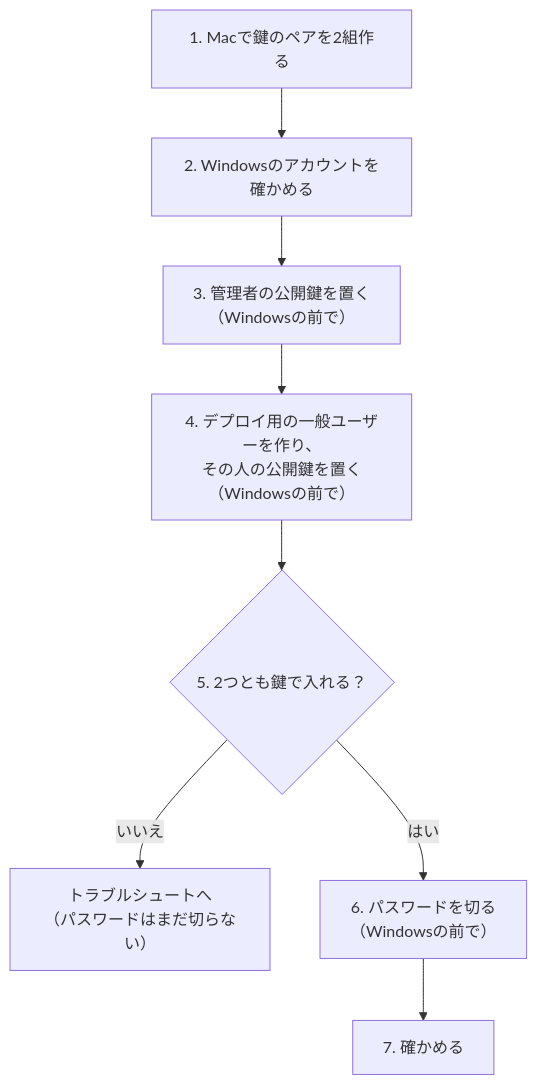
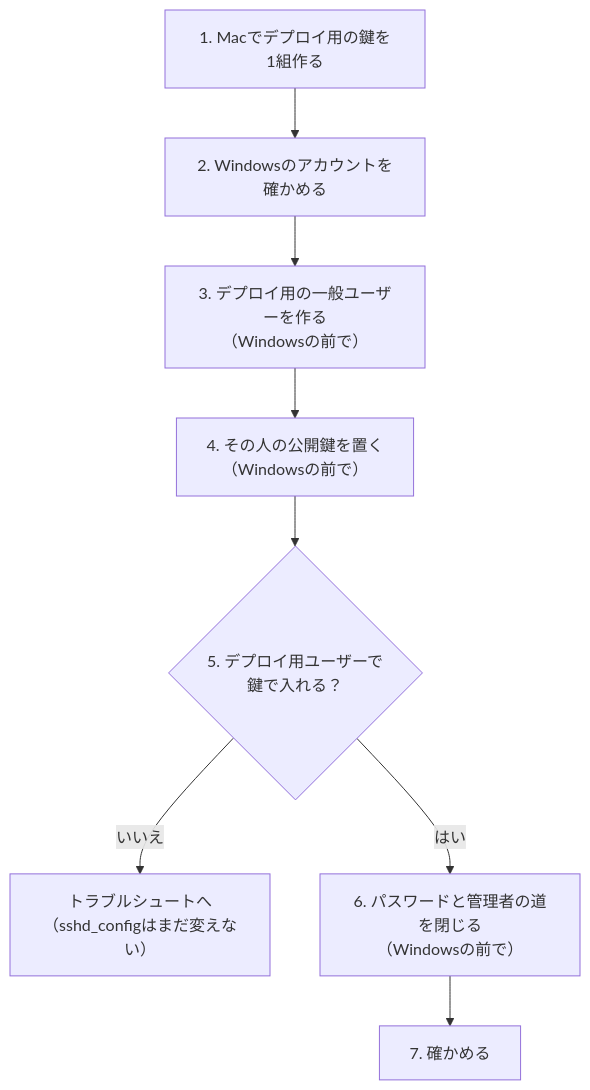
Before and after one commit to mgmaru/card-digger: the diagram in docs/development/ssh-key-setup.md, drawn with Mermaid. The commit also changed other lines of this file, not shown here.

````diff
--- a/docs/development/ssh-key-setup.md
+++ b/docs/development/ssh-key-setup.md
@@ -48,10 +49,10 @@
 ```mermaid
 flowchart TD
-    A["1. Macで鍵のペアを2組作る"] --> B["2. Windowsのアカウントを確かめる"]
-    B --> C["3. 管理者の公開鍵を置く<br/>（Windowsの前で）"]
-    C --> D["4. デプロイ用の一般ユーザーを作り、<br/>その人の公開鍵を置く（Windowsの前で）"]
-    D --> E{"5. 2つとも鍵で入れる？"}
-    E -- "いいえ" --> T["トラブルシュートへ<br/>（パスワードはまだ切らない）"]
-    E -- "はい" --> F["6. パスワードを切る<br/>（Windowsの前で）"]
+    A["1. Macでデプロイ用の鍵を1組作る"] --> B["2. Windowsのアカウントを確かめる"]
+    B --> C["3. デプロイ用の一般ユーザーを作る<br/>（Windowsの前で）"]
+    C --> D["4. その人の公開鍵を置く<br/>（Windowsの前で）"]
+    D --> E{"5. デプロイ用ユーザーで<br/>鍵で入れる？"}
+    E -- "いいえ" --> T["トラブルシュートへ<br/>（sshd_configはまだ変えない）"]
+    E -- "はい" --> F["6. パスワードと管理者の道を閉じる<br/>（Windowsの前で）"]
     F --> G["7. 確かめる"]
 ```
````
